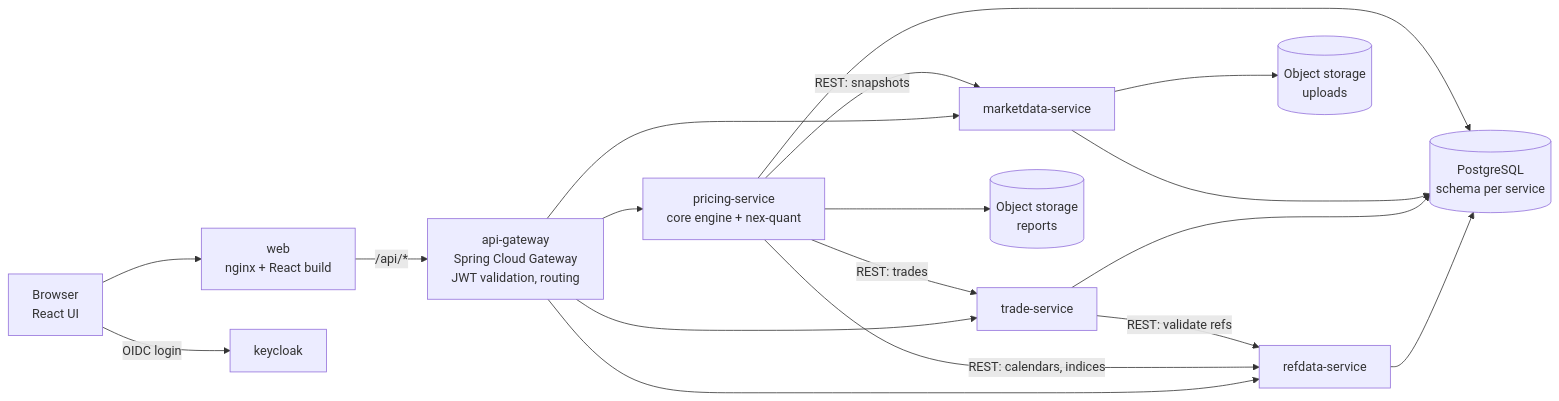
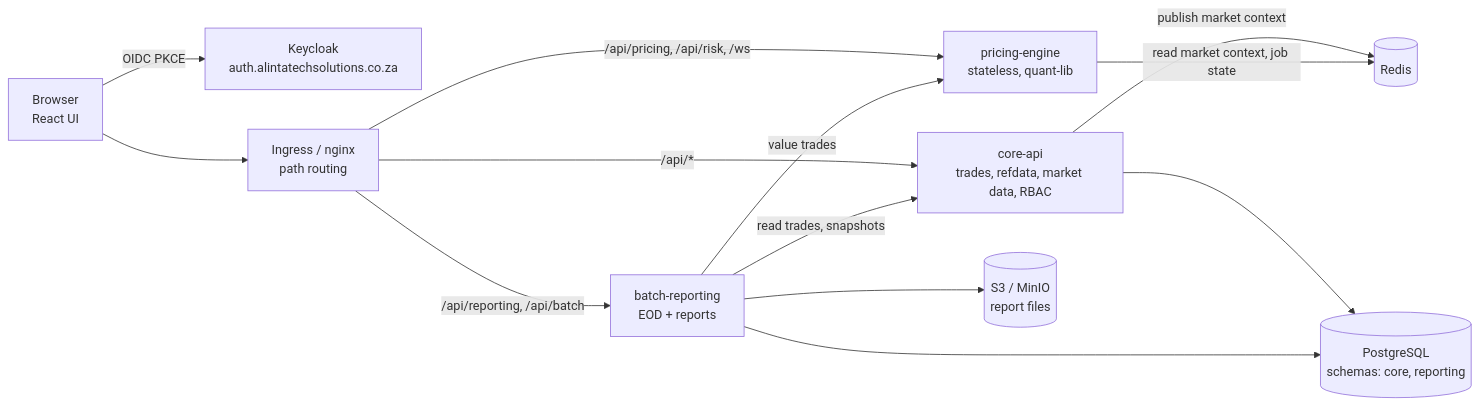
One commit to Mutwila-Alinta/ATS changed the first of 5 diagrams in docs/NEX_ARCHITECTURE_AND_ROADMAP.md. Above: the diagram before and after it, drawn with Mermaid. The commit also changed other lines of this file and 1 other file, not shown here.

First line of the commit message:
Rebase Nex plan (v0.3) on the ats-capital-markets-app codebase

````diff
--- a/docs/NEX_ARCHITECTURE_AND_ROADMAP.md
+++ b/docs/NEX_ARCHITECTURE_AND_ROADMAP.md
@@ -101,20 +133,15 @@
 ```mermaid
 flowchart LR
-  U[Browser<br/>React UI] --> WEB[web<br/>nginx + React build]
-  U -->|OIDC login| KC[keycloak]
-  WEB -->|/api/*| GW[api-gateway<br/>Spring Cloud Gateway<br/>JWT validation, routing]
-  GW --> RD[refdata-service]
-  GW --> TR[trade-service]
-  GW --> MD[marketdata-service]
-  GW --> PR[pricing-service<br/>core engine + nex-quant]
-  PR -->|REST: trades| TR
-  PR -->|REST: snapshots| MD
-  PR -->|REST: calendars, indices| RD
-  TR -->|REST: validate refs| RD
-  RD --> DB[(PostgreSQL<br/>schema per service)]
-  TR --> DB
-  MD --> DB
-  PR --> DB
-  MD --> S3[(Object storage<br/>uploads)]
-  PR --> S3b[(Object storage<br/>reports)]
+  B[Browser<br/>React UI] -->|OIDC PKCE| KC[Keycloak<br/>auth.alintatechsolutions.co.za]
+  B --> IN[Ingress / nginx<br/>path routing]
+  IN -->|/api/pricing, /api/risk, /ws| PE[pricing-engine<br/>stateless, quant-lib]
+  IN -->|/api/reporting, /api/batch| BR[batch-reporting<br/>EOD + reports]
+  IN -->|/api/*| CA[core-api<br/>trades, refdata, market data, RBAC]
+  CA --> PG[(PostgreSQL<br/>schemas: core, reporting)]
+  BR --> PG
+  CA -->|publish market context| R[(Redis)]
+  PE -->|read market context, job state| R
+  BR -->|value trades| PE
+  BR -->|read trades, snapshots| CA
+  BR --> S3[(S3 / MinIO<br/>report files)]
 ```
````
